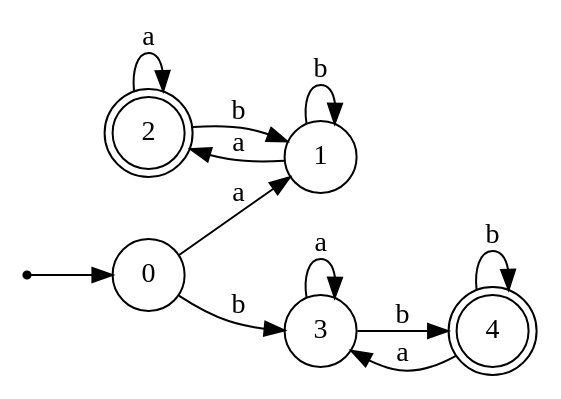
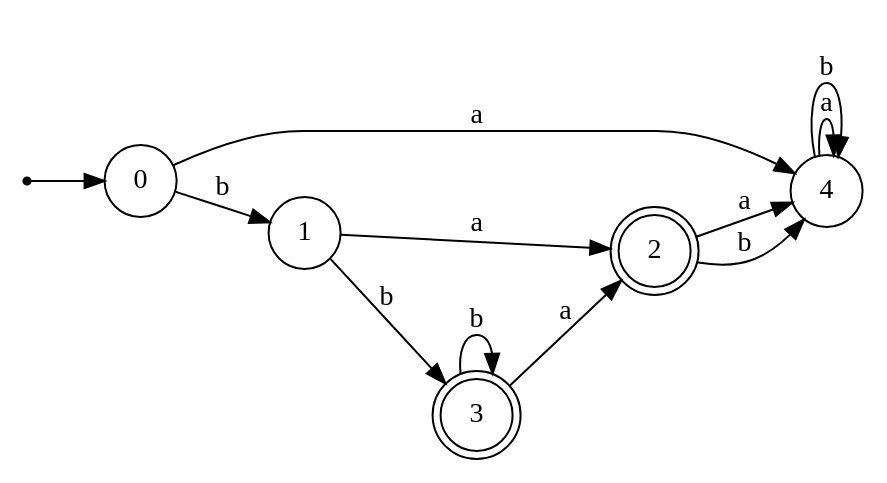
The diagram in resultat.gv (JennyNg943/TheorieLangage), drawn with Graphviz before and after one commit. The commit also changed 5 other files, not shown here.

```diff
--- a/resultat.gv
+++ b/resultat.gv
@@ -1,22 +1,22 @@
 digraph finite_state_machine {
 	rankdir=LR;
   	size="10,10"
 
-	node [shape = doublecircle]; 2 4 ;
+	node [shape = doublecircle]; 2 3 ;
 	node [shape = point ]; q;
 	node [shape = circle]; 
 
 	q -> 0;
-	0 -> 1 [label = "a"];
-	0 -> 3 [label = "b"];
+	0 -> 4 [label = "a"];
+	0 -> 1 [label = "b"];
 	1 -> 2 [label = "a"];
-	1 -> 1 [label = "b"];
-	2 -> 2 [label = "a"];
-	2 -> 1 [label = "b"];
-	3 -> 3 [label = "a"];
-	3 -> 4 [label = "b"];
-	4 -> 3 [label = "a"];
+	1 -> 3 [label = "b"];
+	2 -> 4 [label = "a"];
+	2 -> 4 [label = "b"];
+	3 -> 2 [label = "a"];
+	3 -> 3 [label = "b"];
+	4 -> 4 [label = "a"];
 	4 -> 4 [label = "b"];
 
 
 }
```
